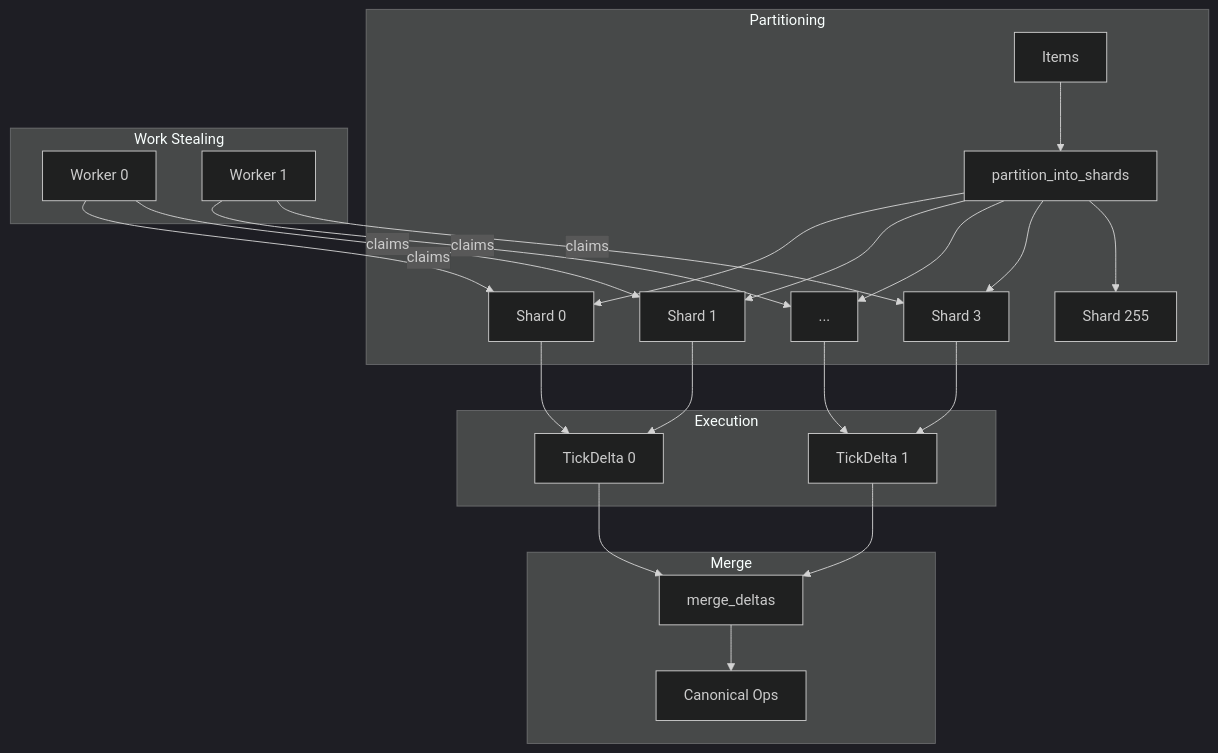
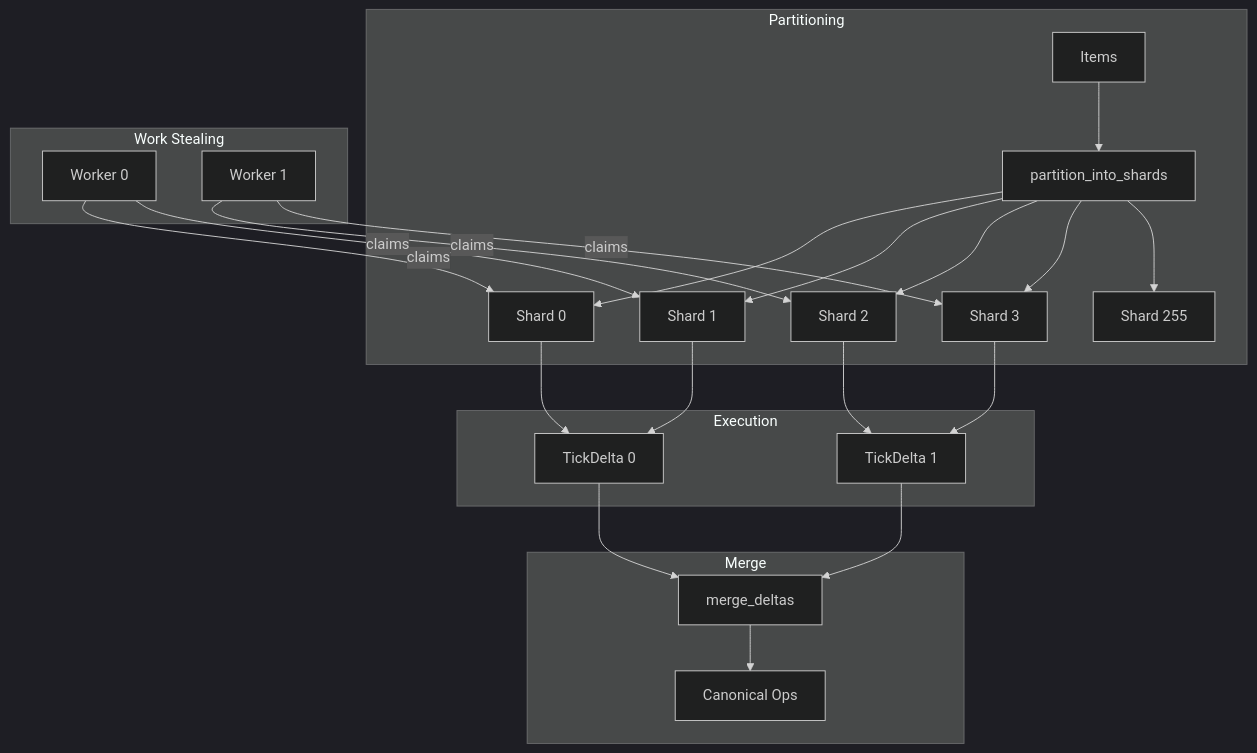
Before and after one commit to flyingrobots/echo: the diagram in docs/study/diagrams/tour-10.mmd, drawn with Mermaid (dark theme).

Commit message:
docs(diagrams): fix S2 shard node in tour-10 diagram
Converts S2 from ellipsis placeholder to concrete shard node
for consistency with its usage in Work Stealing and Execution.

```diff
--- a/docs/study/diagrams/tour-10.mmd
+++ b/docs/study/diagrams/tour-10.mmd
@@ -1,29 +1,29 @@
 flowchart TD
     subgraph "Partitioning"
         I[Items] --> P[partition_into_shards]
         P --> S0[Shard 0]
         P --> S1[Shard 1]
-        P --> S2[...]
+        P --> S2[Shard 2]
         P --> S3[Shard 3]
         P --> S255[Shard 255]
     end
 
     subgraph "Work Stealing"
         W0[Worker 0] -->|claims| S0
         W0 -->|claims| S1
         W1[Worker 1] -->|claims| S2
         W1 -->|claims| S3
     end
 
     subgraph "Execution"
         S0 --> D0[TickDelta 0]
         S1 --> D0
         S2 --> D1[TickDelta 1]
         S3 --> D1
     end
 
     subgraph "Merge"
         D0 --> M[merge_deltas]
         D1 --> M
         M --> O[Canonical Ops]
     end
```
